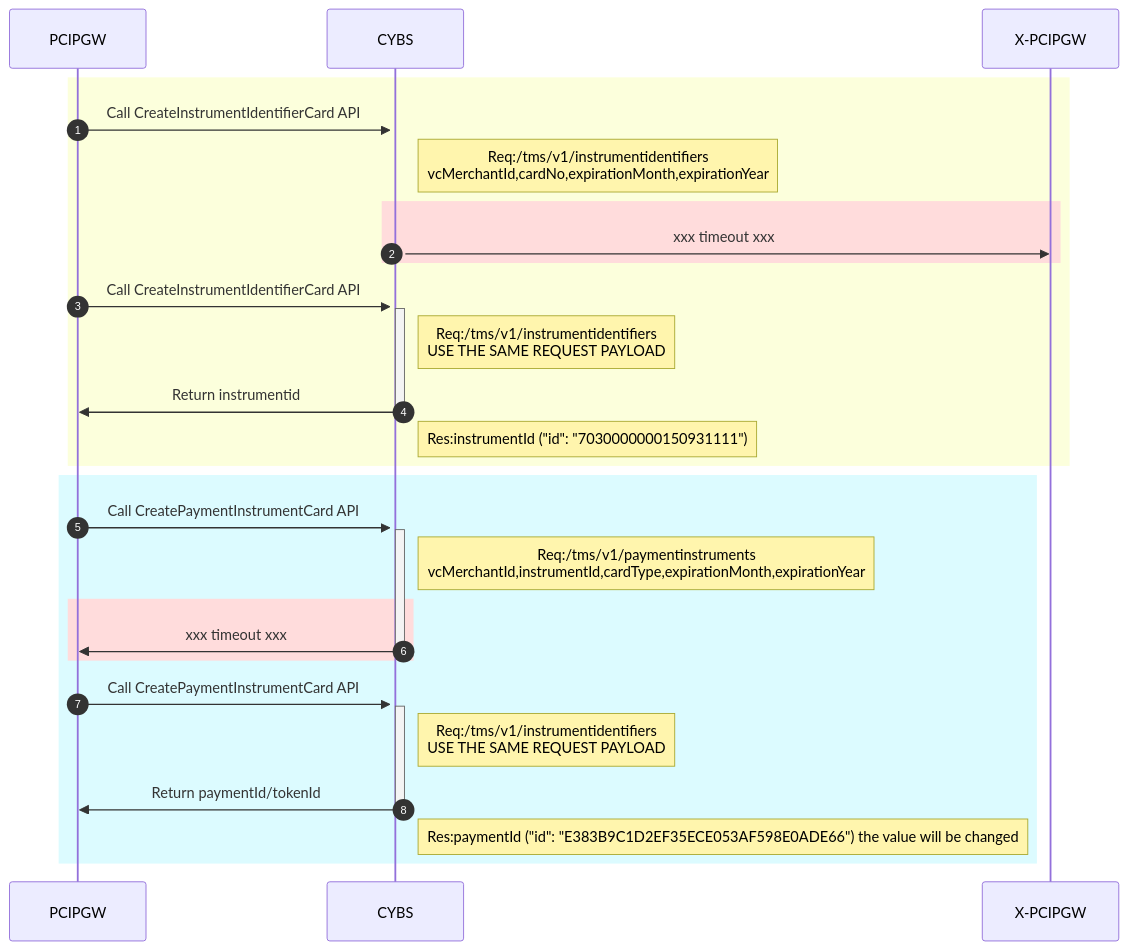
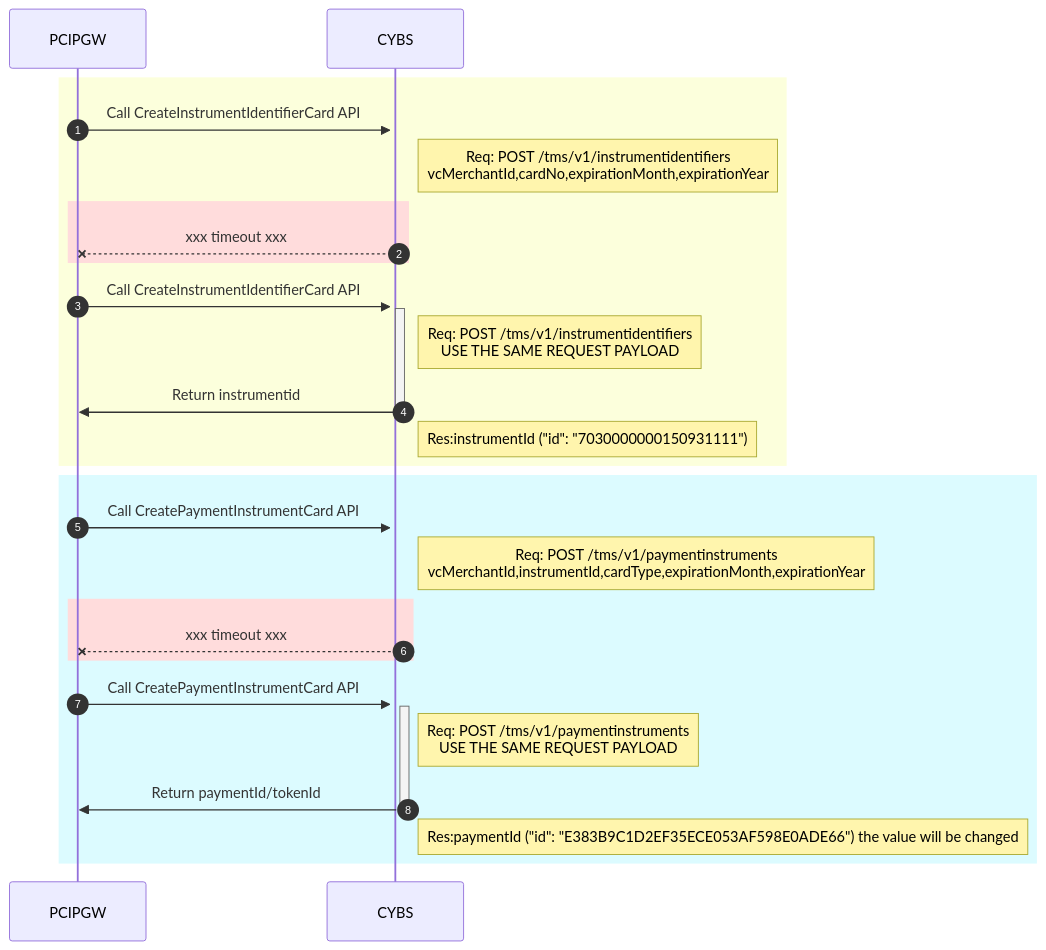
The second of 8 diagrams in Cybs-Ph2-Flow3.md (yuusuke25/MyNotes), drawn with Mermaid before and after one commit. The commit also changed other lines of this file, not shown here.

````diff
--- a/Cybs-Ph2-Flow3.md
+++ b/Cybs-Ph2-Flow3.md
@@ -20,27 +20,27 @@
 ```mermaid
     sequenceDiagram
     autonumber
         rect rgb(252, 255, 220)
             PCIPGW->>+CYBS: Call CreateInstrumentIdentifierCard API
-            Note right of CYBS: Req:/tms/v1/instrumentidentifiers<br>vcMerchantId,cardNo,expirationMonth,expirationYear
+            Note right of CYBS: Req: POST /tms/v1/instrumentidentifiers<br>vcMerchantId,cardNo,expirationMonth,expirationYear
             rect rgb(255, 220, 220)
-              CYBS->>X-PCIPGW: xxx timeout xxx
+              CYBS--XPCIPGW: xxx timeout xxx
             end
             PCIPGW->>+CYBS: Call CreateInstrumentIdentifierCard API
-            Note right of CYBS: Req:/tms/v1/instrumentidentifiers<br>USE THE SAME REQUEST PAYLOAD
+            Note right of CYBS: Req: POST /tms/v1/instrumentidentifiers<br>USE THE SAME REQUEST PAYLOAD
             CYBS->>-PCIPGW:Return instrumentid
             Note right of CYBS: Res:instrumentId ("id": "7030000000150931111")
         end
         
         rect rgb(220, 251, 255)
             PCIPGW->>+CYBS: Call CreatePaymentInstrumentCard API
-            Note right of CYBS: Req:/tms/v1/paymentinstruments<br>vcMerchantId,instrumentId,cardType,expirationMonth,expirationYear
+            Note right of CYBS: Req: POST /tms/v1/paymentinstruments<br>vcMerchantId,instrumentId,cardType,expirationMonth,expirationYear
             rect rgb(255, 220, 220)
-              CYBS->>-PCIPGW: xxx timeout xxx
+              CYBS--XPCIPGW: xxx timeout xxx
             end
             PCIPGW->>+CYBS: Call CreatePaymentInstrumentCard API
-            Note right of CYBS: Req:/tms/v1/instrumentidentifiers<br>USE THE SAME REQUEST PAYLOAD
+            Note right of CYBS: Req: POST /tms/v1/paymentinstruments<br>USE THE SAME REQUEST PAYLOAD
             CYBS->>-PCIPGW: Return paymentId/tokenId
             Note right of CYBS: Res:paymentId ("id": "E383B9C1D2EF35ECE053AF598E0ADE66") the value will be changed
         end
 ```
````
